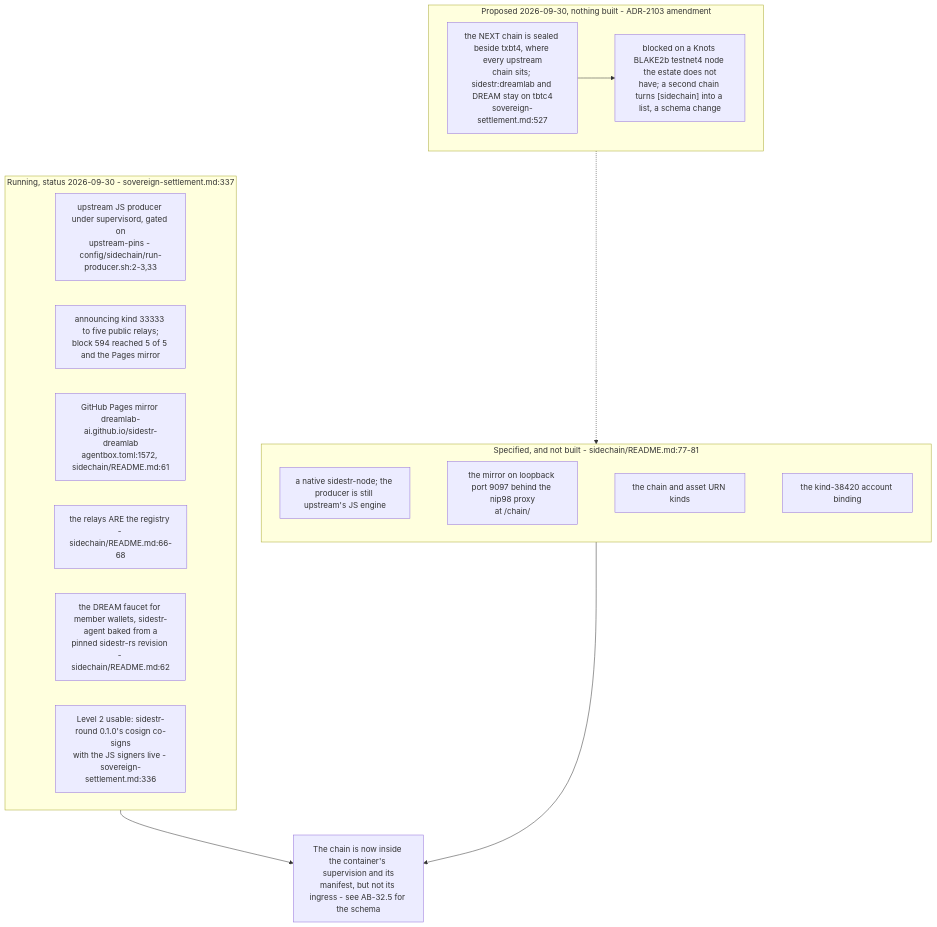
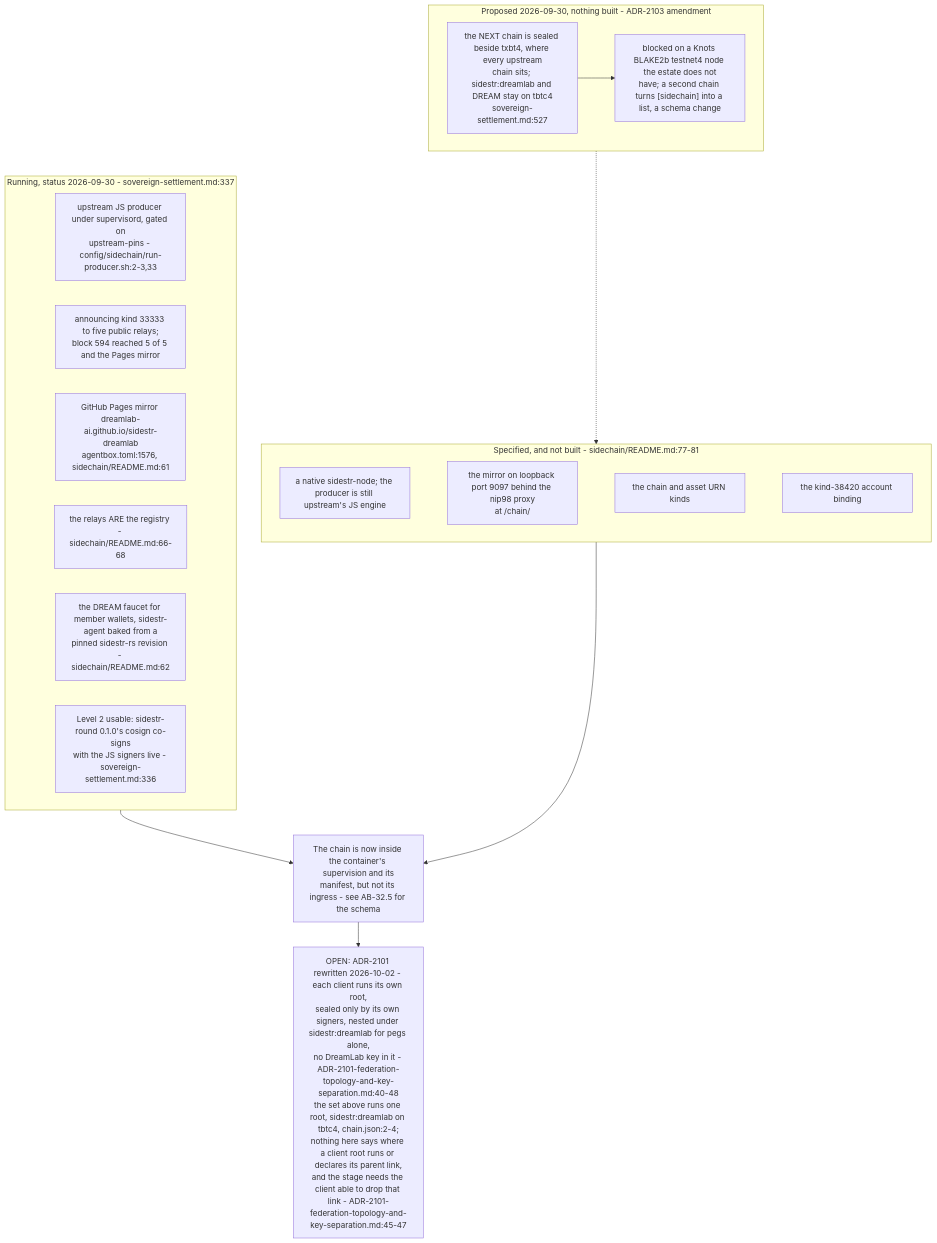
The fifth of 5 diagrams in docs/diagrams/agentbox/34-sidestr-interim-producer-and-mirror.md (DreamLab-AI/VisionFlow), drawn with Mermaid before and after one commit. The commit also changed other lines of this file and 31 other files, not shown here.

````diff
--- a/docs/diagrams/agentbox/34-sidestr-interim-producer-and-mirror.md
+++ b/docs/diagrams/agentbox/34-sidestr-interim-producer-and-mirror.md
@@ -179,26 +180,27 @@
 ```mermaid
 flowchart TB
     subgraph now["Running, status 2026-09-30 - sovereign-settlement.md:337"]
         N1["upstream JS producer under supervisord, gated on<br/>upstream-pins - config/sidechain/run-producer.sh:2-3,33"]
         N2["announcing kind 33333 to five public relays;<br/>block 594 reached 5 of 5 and the Pages mirror"]
-        N3["GitHub Pages mirror dreamlab-ai.github.io/sidestr-dreamlab<br/>agentbox.toml:1572, sidechain/README.md:61"]
+        N3["GitHub Pages mirror dreamlab-ai.github.io/sidestr-dreamlab<br/>agentbox.toml:1576, sidechain/README.md:61"]
         N4["the relays ARE the registry - sidechain/README.md:66-68"]
         N5["the DREAM faucet for member wallets, sidestr-agent baked from a<br/>pinned sidestr-rs revision - sidechain/README.md:62"]
         N6["Level 2 usable: sidestr-round 0.1.0's cosign co-signs<br/>with the JS signers live - sovereign-settlement.md:336"]
     end
     subgraph spec["Specified, and not built - sidechain/README.md:77-81"]
         S2["a native sidestr-node; the producer is still upstream's JS engine"]
         S3["the mirror on loopback port 9097 behind the nip98 proxy<br/>at /chain/"]
         S4["the chain and asset URN kinds"]
         S5["the kind-38420 account binding"]
         S2 ~~~ S3 ~~~ S4 ~~~ S5
     end
     subgraph next["Proposed 2026-09-30, nothing built - ADR-2103 amendment"]
         X1["the NEXT chain is sealed beside txbt4, where every upstream<br/>chain sits; sidestr:dreamlab and DREAM stay on tbtc4<br/>sovereign-settlement.md:527"]
         X2["blocked on a Knots BLAKE2b testnet4 node the estate does not<br/>have; a second chain turns [sidechain] into a list, a schema change"]
         X1 --> X2
     end
     now --> GAP["The chain is now inside the container's supervision and its<br/>manifest, but not its ingress - see AB-32.5 for the schema"]
     spec --> GAP
     next -.-> spec
+    GAP --> FED["OPEN: ADR-2101 rewritten 2026-10-02 - each client runs its own root,<br/>sealed only by its own signers, nested under sidestr:dreamlab for pegs alone,<br/>no DreamLab key in it - ADR-2101-federation-topology-and-key-separation.md:40-48<br/>the set above runs one root, sidestr:dreamlab on tbtc4, chain.json:2-4;<br/>nothing here says where a client root runs or declares its parent link,<br/>and the stage needs the client able to drop that link - ADR-2101-federation-topology-and-key-separation.md:45-47"]
 ```
````
